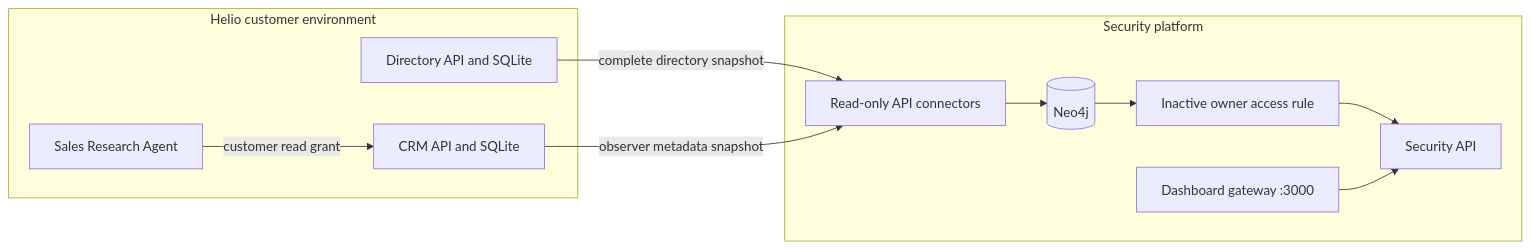
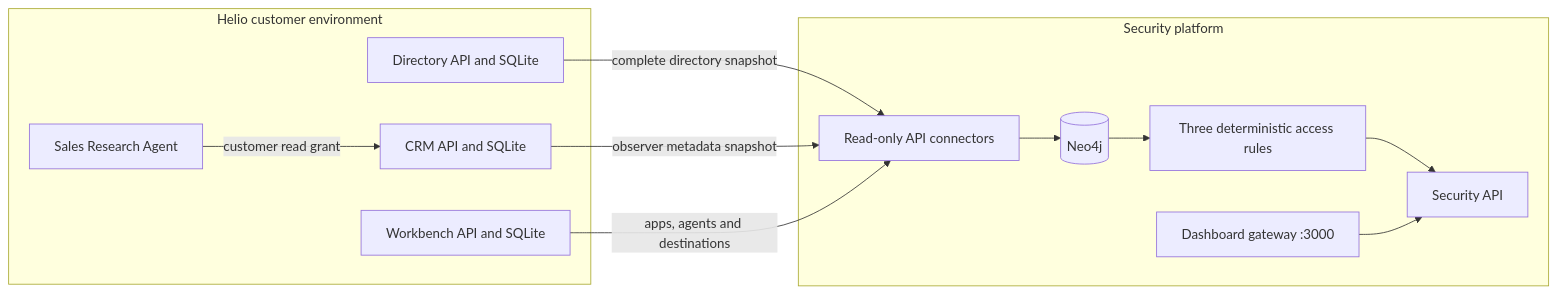
The diagram in docs/graph.md (singhdhruv2201/autonomous-security-system), drawn with Mermaid before and after one commit. The commit also changed other lines of this file and 22 other files, not shown here.

````diff
--- a/docs/graph.md
+++ b/docs/graph.md
@@ -9,16 +10,18 @@
 ```mermaid
 flowchart LR
     subgraph Customer[Helio customer environment]
         Directory[Directory API and SQLite]
         CRM[CRM API and SQLite]
+        Workbench[Workbench API and SQLite]
         Agent[Sales Research Agent] -->|customer read grant| CRM
     end
     subgraph Platform[Security platform]
         Connectors[Read-only API connectors] --> Graph[(Neo4j)]
-        Graph --> Rule[Inactive owner access rule]
+        Graph --> Rule[Three deterministic access rules]
         Rule --> Backend[Security API]
         Dashboard[Dashboard gateway :3000] --> Backend
     end
     Directory -->|complete directory snapshot| Connectors
     CRM -->|observer metadata snapshot| Connectors
+    Workbench -->|apps, agents and destinations| Connectors
 ```
````
